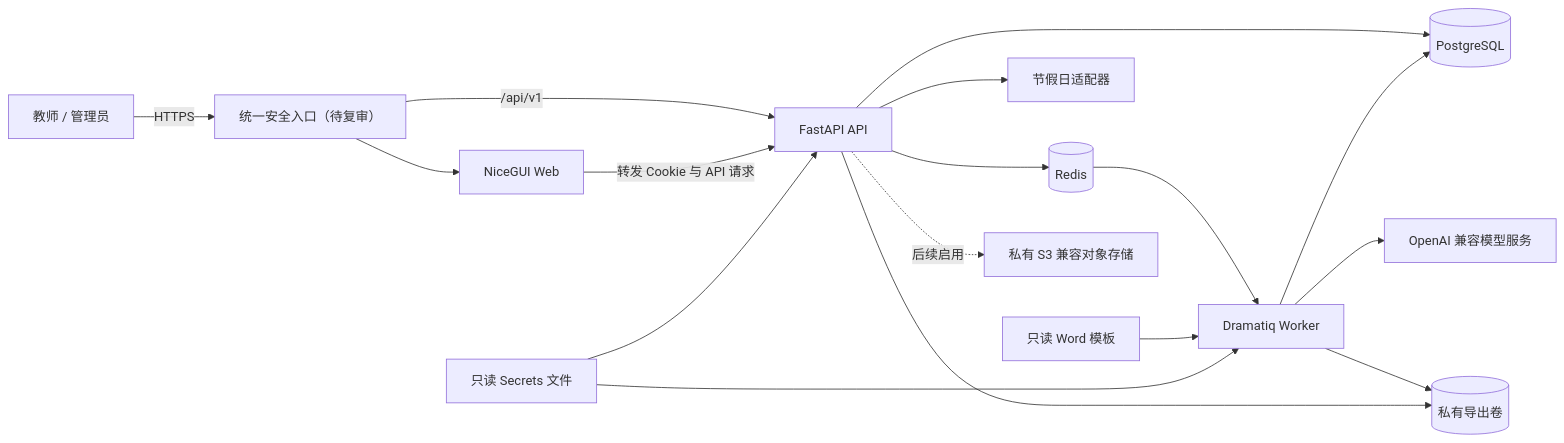
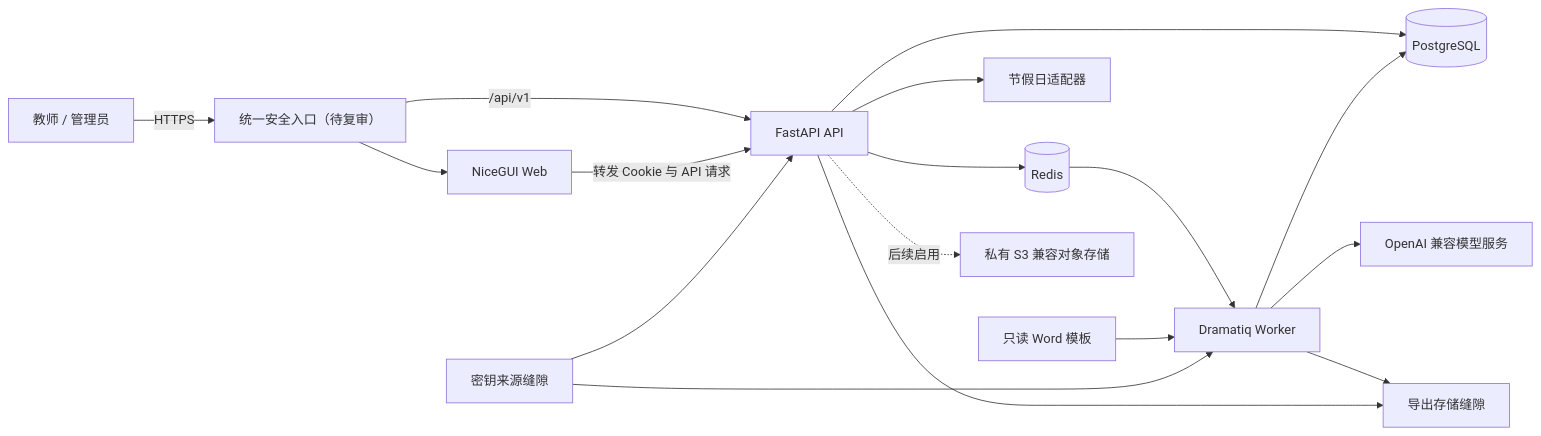
The first of 3 diagrams in docs/design/system-architecture.md (ywyz/child-manager), drawn with Mermaid before and after one commit. The commit also changed other lines of this file and 12 other files, not shown here.

````diff
--- a/docs/design/system-architecture.md
+++ b/docs/design/system-architecture.md
@@ -49,22 +60,22 @@
 ```mermaid
 flowchart LR
     U[教师 / 管理员] -->|HTTPS| C[统一安全入口（待复审）]
     C --> W[NiceGUI Web]
     C -->|/api/v1| A[FastAPI API]
     W -->|转发 Cookie 与 API 请求| A
 
     A --> P[(PostgreSQL)]
     A --> R[(Redis)]
     R --> D[Dramatiq Worker]
     D --> P
     D --> AI[OpenAI 兼容模型服务]
     A --> H[节假日适配器]
 
-    D --> V[(私有导出卷)]
+    D --> V[导出存储缝隙]
     A --> V
     T[只读 Word 模板] --> D
-    S[只读 Secrets 文件] --> A
+    S[密钥来源缝隙] --> A
     S --> D
 
     A -. 后续启用 .-> O[私有 S3 兼容对象存储]
 ```
````
